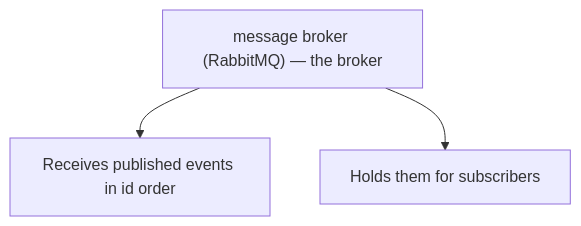
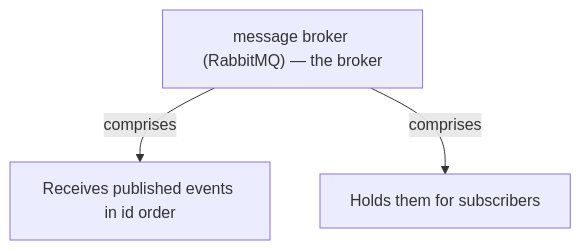
The sixth of 13 diagrams in docs/ch12-polling-publisher.md (vinayakuber/microservices-io-study-guide), drawn with Mermaid before and after one commit. The commit also changed other lines of this file and 71 other files, not shown here.

First line of the commit message:
R18: label every diagram arrow with its meaning

````diff
--- a/docs/ch12-polling-publisher.md
+++ b/docs/ch12-polling-publisher.md
@@ -198,6 +198,6 @@
 ```mermaid
 flowchart TD
   R["message broker (RabbitMQ) — the broker"]
-  R --> P0["Receives published events in id order"]
-  R --> P1["Holds them for subscribers"]
+  R -->|"comprises"| P0["Receives published events in id order"]
+  R -->|"comprises"| P1["Holds them for subscribers"]
 ```
````
